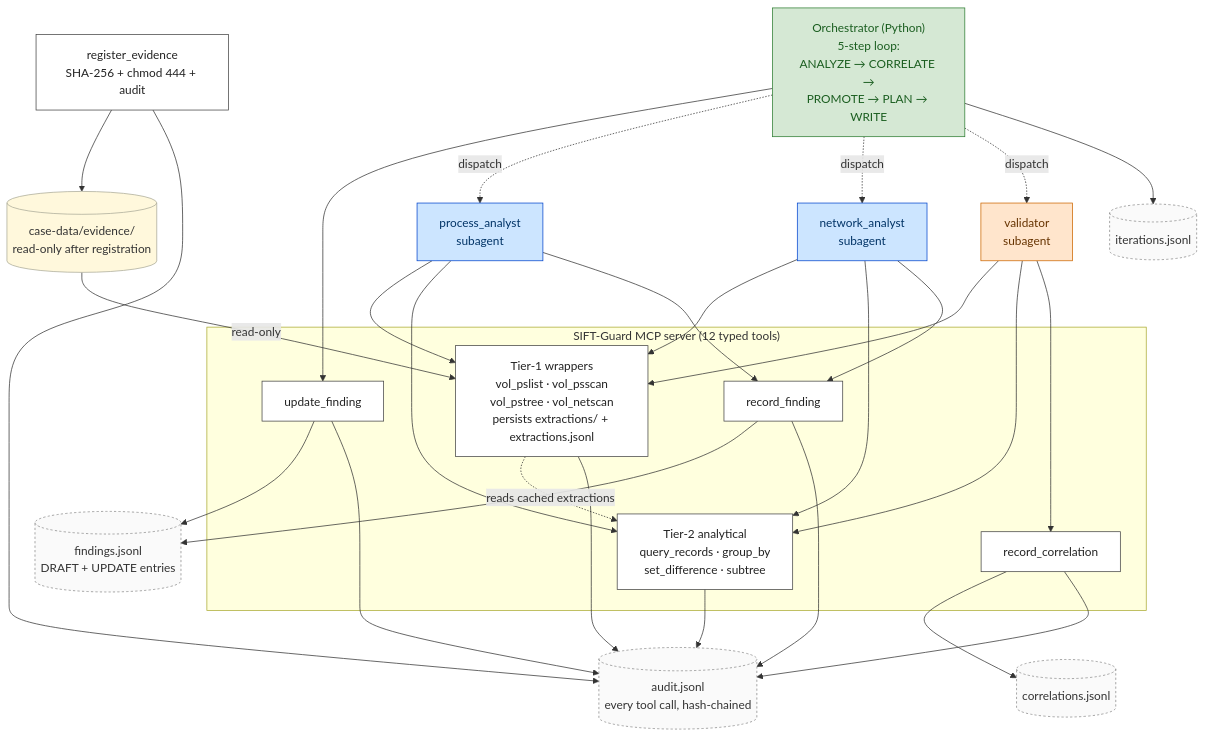
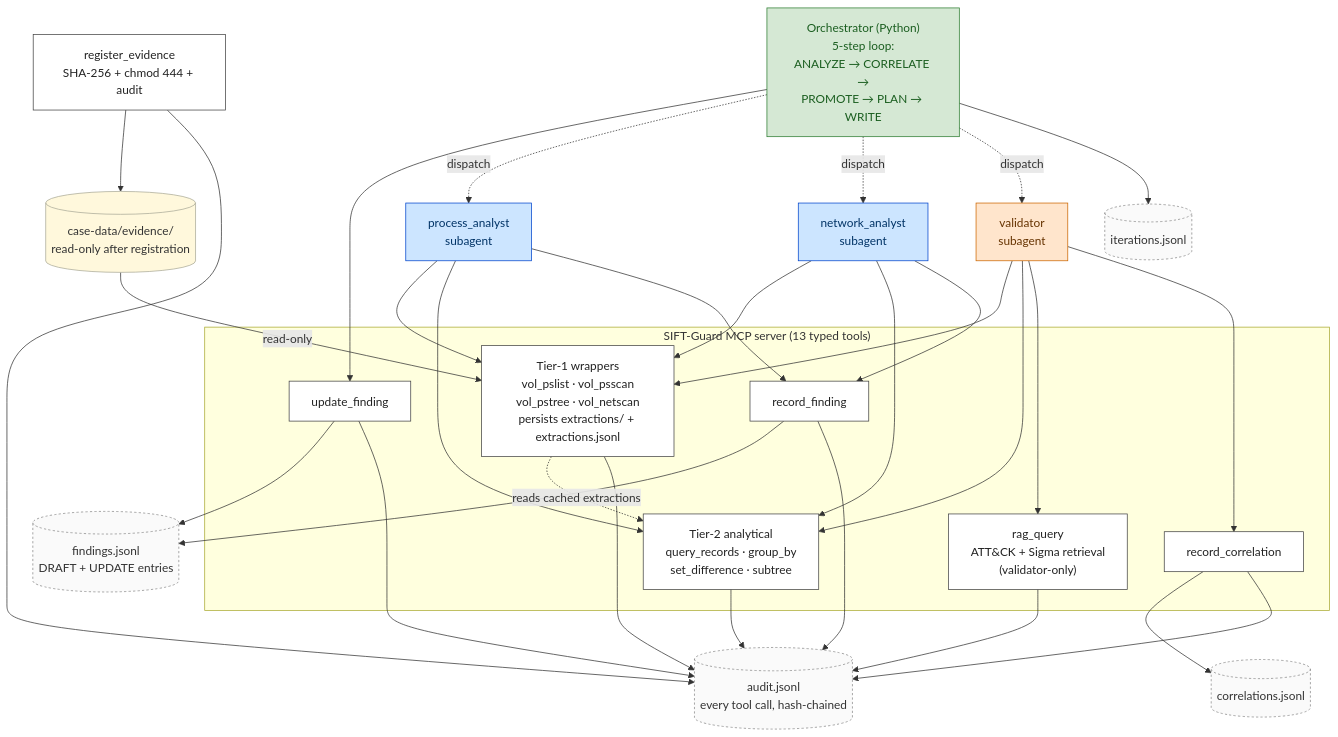
Before and after one commit to chang6chang/SIFT-Guard: the diagram in docs/architecture-diagram.md, drawn with Mermaid. The commit also changed other lines of this file and 1 other file, not shown here.

Commit message:
docs: add try-it-out instructions, update diagram to 13 tools, update status

````diff
--- a/docs/architecture-diagram.md
+++ b/docs/architecture-diagram.md
@@ -17,9 +17,10 @@
     Reg --> EvDir
 
     %% --- MCP server tools ---
-    subgraph MCP["SIFT-Guard MCP server (12 typed tools)"]
+    subgraph MCP["SIFT-Guard MCP server (13 typed tools)"]
         Tier1["Tier-1 wrappers<br/>vol_pslist · vol_psscan<br/>vol_pstree · vol_netscan<br/>persists extractions/ + extractions.jsonl"]
         Tier2["Tier-2 analytical<br/>query_records · group_by<br/>set_difference · subtree"]
+        RAG["rag_query<br/>ATT&CK + Sigma retrieval<br/>(validator-only)"]
         RecF["record_finding"]
         RecC["record_correlation"]
         UpdF["update_finding"]
@@ -41,6 +42,9 @@
     NA --> Tier2
     Val --> Tier1
     Val --> Tier2
+
+    %% RAG retrieval: validator-only by frontmatter restriction.
+    Val --> RAG
 
     %% Write paths: role-restricted by frontmatter + schema.
     PA --> RecF
@@ -68,6 +72,7 @@
     Reg --> Audit
     Tier1 --> Audit
     Tier2 --> Audit
+    RAG --> Audit
     RecF --> Audit
     RecC --> Audit
     UpdF --> Audit
@@ -85,5 +90,5 @@
     class Orch orchestrator
     class Findings,Corrs,Iters,Audit chain
     class EvDir storage
-    class Reg,Tier1,Tier2,RecF,RecC,UpdF tool
+    class Reg,Tier1,Tier2,RAG,RecF,RecC,UpdF tool
 ```
````
